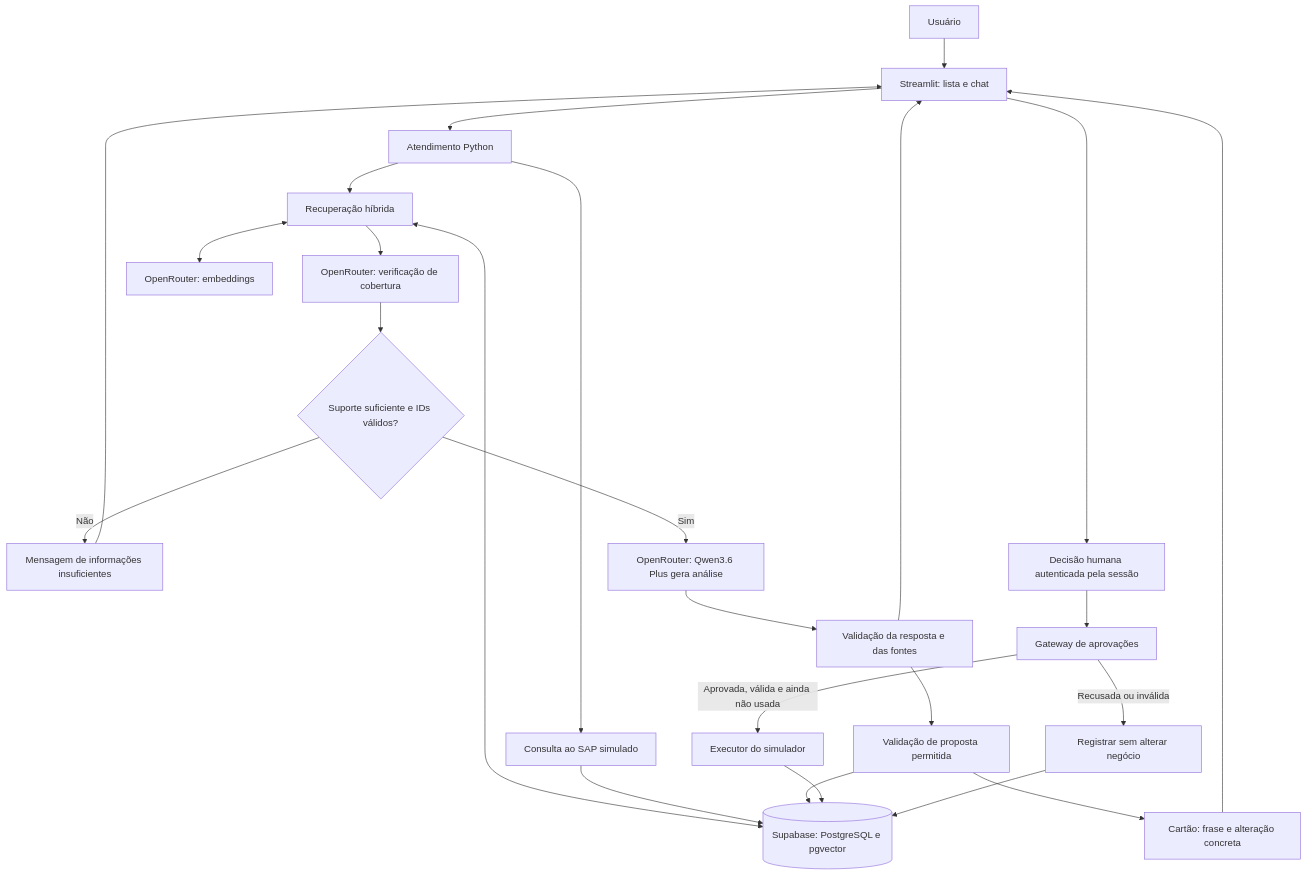
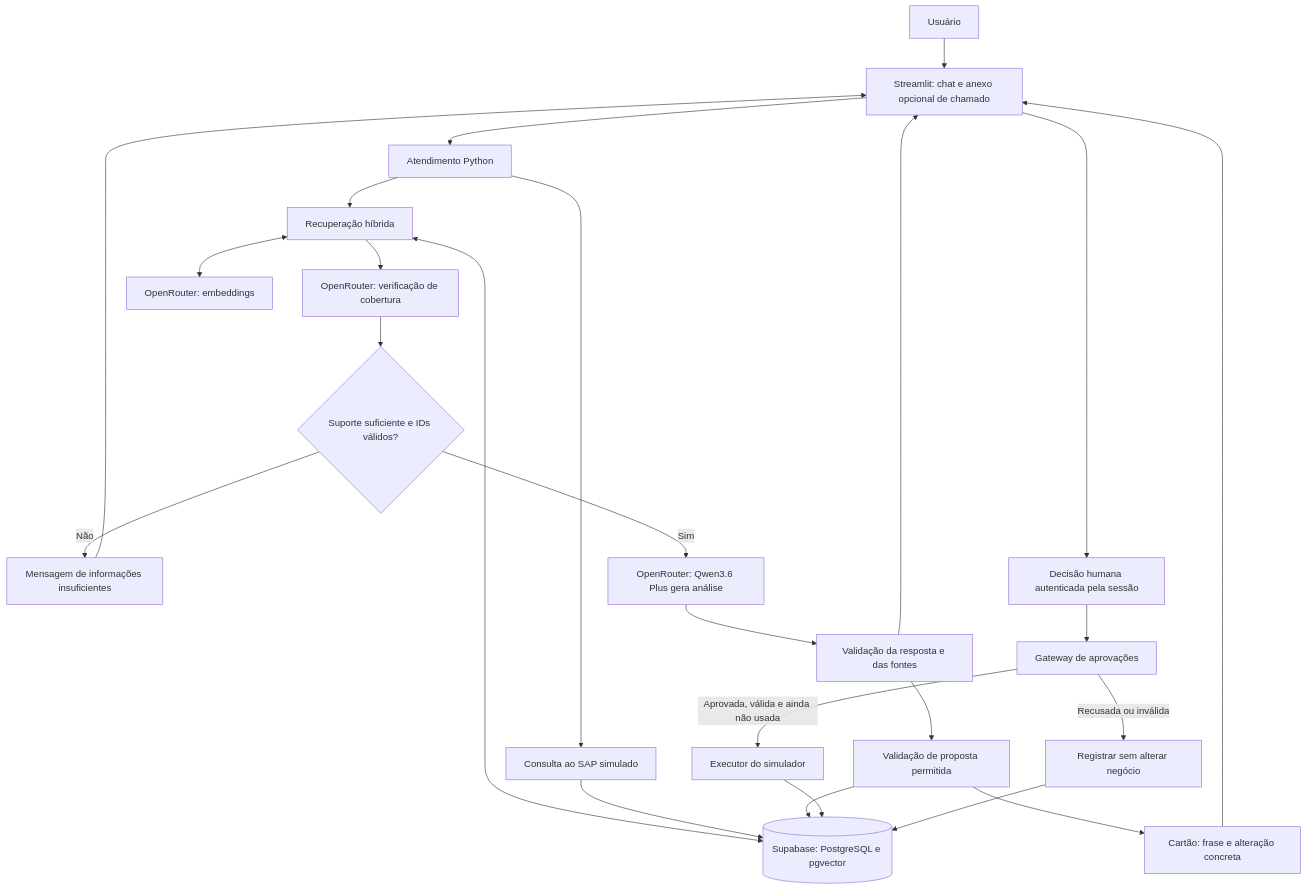
One commit to BrunoGroehs/Assistente-Inteligente-para-Analise-de-Chamados-SAP changed the diagram in instrucoes/03-arquitetura.md. Above: the diagram before and after it, drawn with Mermaid. The commit also changed other lines of this file and 6 other files, not shown here.

````diff
--- a/instrucoes/03-arquitetura.md
+++ b/instrucoes/03-arquitetura.md
@@ -32,27 +38,27 @@
 ```mermaid
 flowchart TD
-    U[Usuário] --> UI[Streamlit: lista e chat]
+    U[Usuário] --> UI[Streamlit: chat e anexo opcional de chamado]
     UI --> A[Atendimento Python]
     A --> R[Recuperação híbrida]
     R <--> DB[(Supabase: PostgreSQL e pgvector)]
     A --> READ[Consulta ao SAP simulado]
     READ --> DB
     R --> C[OpenRouter: verificação de cobertura]
     C --> Q{Suporte suficiente e IDs válidos?}
     Q -->|Não| F[Mensagem de informações insuficientes]
     F --> UI
     Q -->|Sim| L[OpenRouter: Qwen3.6 Plus gera análise]
     R <--> E[OpenRouter: embeddings]
     L --> V[Validação da resposta e das fontes]
     V --> UI
     V --> P[Validação de proposta permitida]
     P --> DB
     P --> CARD[Cartão: frase e alteração concreta]
     CARD --> UI
     UI --> H[Decisão humana autenticada pela sessão]
     H --> G[Gateway de aprovações]
     G -->|Aprovada, válida e ainda não usada| X[Executor do simulador]
     X --> DB
     G -->|Recusada ou inválida| STOP[Registrar sem alterar negócio]
     STOP --> DB
 ```
````
